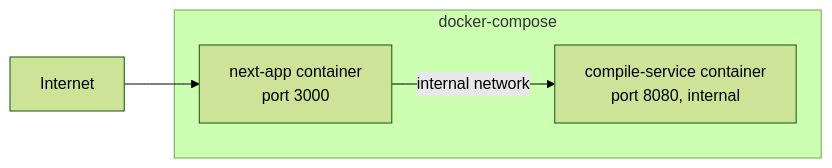
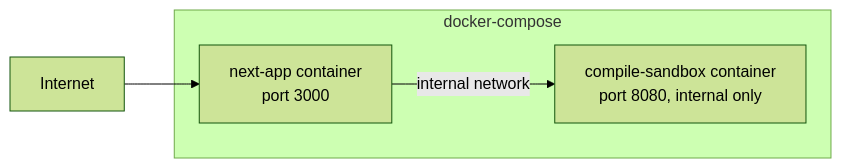
One commit to duonghoang231203/ai-latex-generator changed the fourth of 4 diagrams in docs/03-architecture.md. Above: the diagram before and after it, drawn with Mermaid (forest theme). The commit also changed other lines of this file and 8 other files, not shown here.

````diff
--- a/docs/03-architecture.md
+++ b/docs/03-architecture.md
@@ -141,9 +190,9 @@
 ```mermaid
 flowchart LR
     subgraph compose["docker-compose"]
         N[next-app container<br/>port 3000]
-        S[compile-service container<br/>port 8080, internal]
+        S[compile-sandbox container<br/>port 8080, internal only]
     end
     Internet --> N
     N -->|internal network| S
 ```
````
